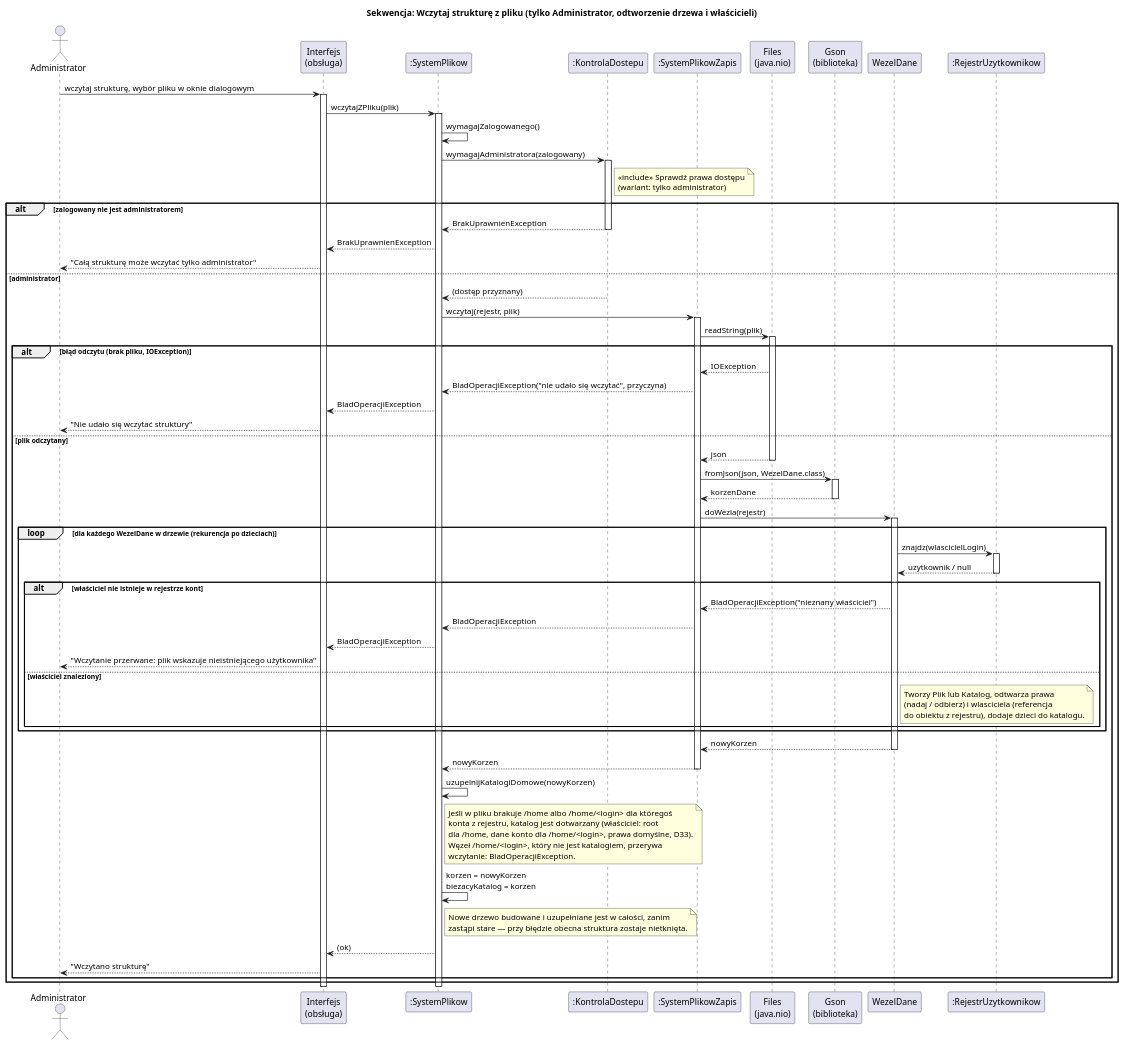
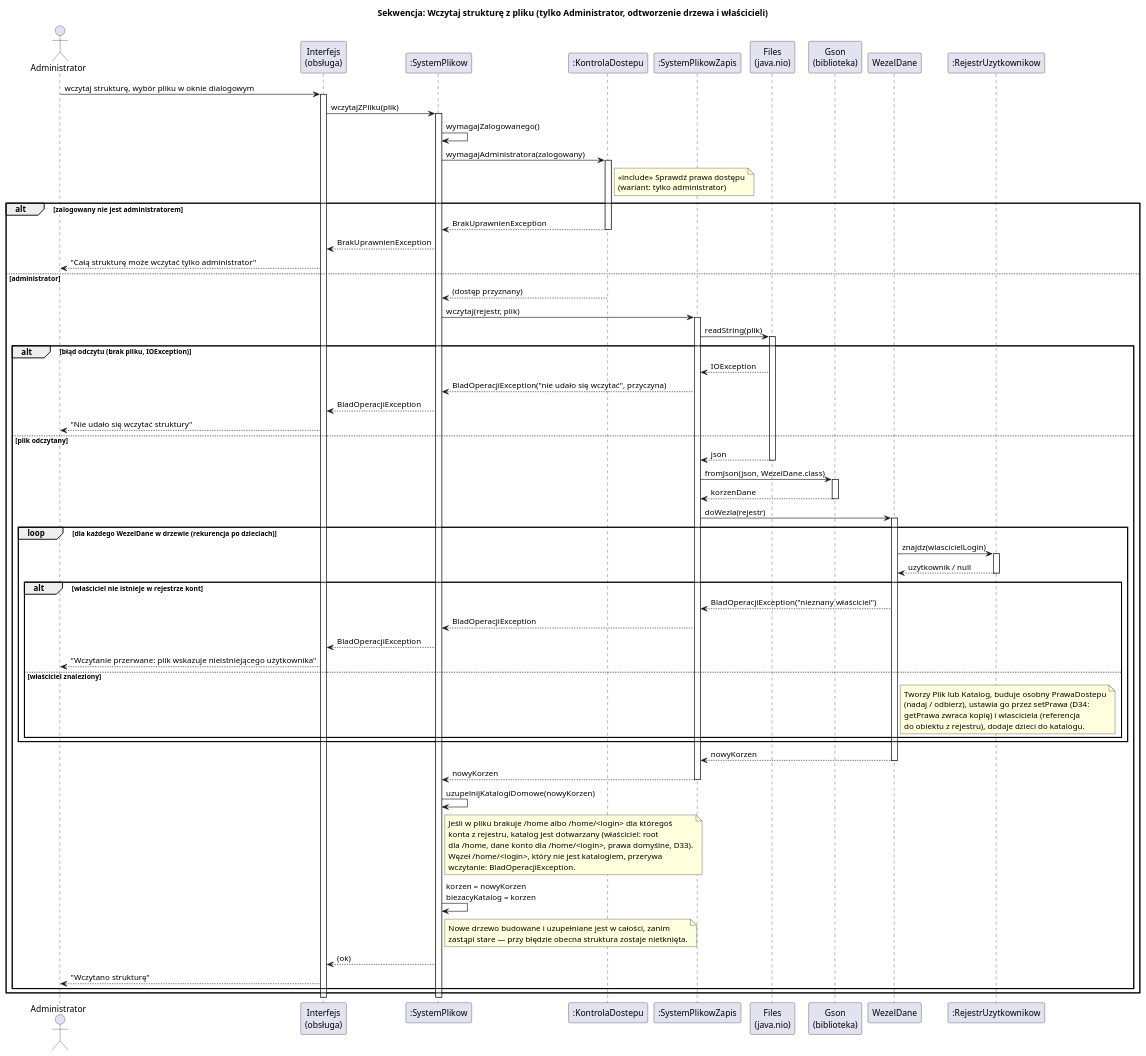
The diagram in projekt/uml/02-sekwencja-wczytaj-strukture-z-pliku.puml (AGH-IT/po2026), drawn with PlantUML before and after one commit. The commit also changed 5 other files, not shown here.

Commit message:
UML i DECYZJE: prawa węzła są kopiowane

```diff
--- a/projekt/uml/02-sekwencja-wczytaj-strukture-z-pliku.puml
+++ b/projekt/uml/02-sekwencja-wczytaj-strukture-z-pliku.puml
@@ -1,94 +1,95 @@
 @startuml
 title Sekwencja: Wczytaj strukturę z pliku (tylko Administrator, odtworzenie drzewa i właścicieli)
 
 actor "Administrator" as A
 participant "Interfejs\n(obsługa)" as UI
 participant ":SystemPlikow" as SP
 participant ":KontrolaDostepu" as KD
 participant ":SystemPlikowZapis" as ZP
 participant "Files\n(java.nio)" as F
 participant "Gson\n(biblioteka)" as G
 participant "WezelDane" as WD
 participant ":RejestrUzytkownikow" as RU
 
 A -> UI : wczytaj strukturę, wybór pliku w oknie dialogowym
 activate UI
 UI -> SP : wczytajZPliku(plik)
 activate SP
 SP -> SP : wymagajZalogowanego()
 SP -> KD : wymagajAdministratora(zalogowany)
 activate KD
 note right of KD : «include» Sprawdź prawa dostępu\n(wariant: tylko administrator)
 
 alt zalogowany nie jest administratorem
   KD --> SP : BrakUprawnienException
   deactivate KD
   SP --> UI : BrakUprawnienException
   UI --> A : "Całą strukturę może wczytać tylko administrator"
 else administrator
   KD --> SP : (dostęp przyznany)
   deactivate KD
   SP -> ZP : wczytaj(rejestr, plik)
   activate ZP
 
   ZP -> F : readString(plik)
   activate F
   alt błąd odczytu (brak pliku, IOException)
     F --> ZP : IOException
     ZP --> SP : BladOperacjiException("nie udało się wczytać", przyczyna)
     SP --> UI : BladOperacjiException
     UI --> A : "Nie udało się wczytać struktury"
   else plik odczytany
     F --> ZP : json
     deactivate F
     ZP -> G : fromJson(json, WezelDane.class)
     activate G
     G --> ZP : korzenDane
     deactivate G
 
     ZP -> WD : doWezla(rejestr)
     activate WD
     loop dla każdego WezelDane w drzewie (rekurencja po dzieciach)
       WD -> RU : znajdz(wlascicielLogin)
       activate RU
       RU --> WD : uzytkownik / null
       deactivate RU
       alt właściciel nie istnieje w rejestrze kont
         WD --> ZP : BladOperacjiException("nieznany właściciel")
         ZP --> SP : BladOperacjiException
         SP --> UI : BladOperacjiException
         UI --> A : "Wczytanie przerwane: plik wskazuje nieistniejącego użytkownika"
       else właściciel znaleziony
         note right of WD
-          Tworzy Plik lub Katalog, odtwarza prawa
-          (nadaj / odbierz) i wlasciciela (referencja
+          Tworzy Plik lub Katalog, buduje osobny PrawaDostepu
+          (nadaj / odbierz), ustawia go przez setPrawa (D34:
+          getPrawa zwraca kopię) i wlasciciela (referencja
           do obiektu z rejestru), dodaje dzieci do katalogu.
         end note
       end
     end
     WD --> ZP : nowyKorzen
     deactivate WD
     ZP --> SP : nowyKorzen
     deactivate ZP
 
     SP -> SP : uzupelnijKatalogiDomowe(nowyKorzen)
     note right of SP
       Jeśli w pliku brakuje /home albo /home/<login> dla któregoś
       konta z rejestru, katalog jest dotwarzany (właściciel: root
       dla /home, dane konto dla /home/<login>, prawa domyślne, D33).
       Węzeł /home/<login>, który nie jest katalogiem, przerywa
       wczytanie: BladOperacjiException.
     end note
     SP -> SP : korzen = nowyKorzen\nbiezacyKatalog = korzen
     note right of SP
       Nowe drzewo budowane i uzupełniane jest w całości, zanim
       zastąpi stare — przy błędzie obecna struktura zostaje nietknięta.
     end note
     SP --> UI : (ok)
     UI --> A : "Wczytano strukturę"
   end
 end
 deactivate SP
 deactivate UI
 
 @enduml
```
